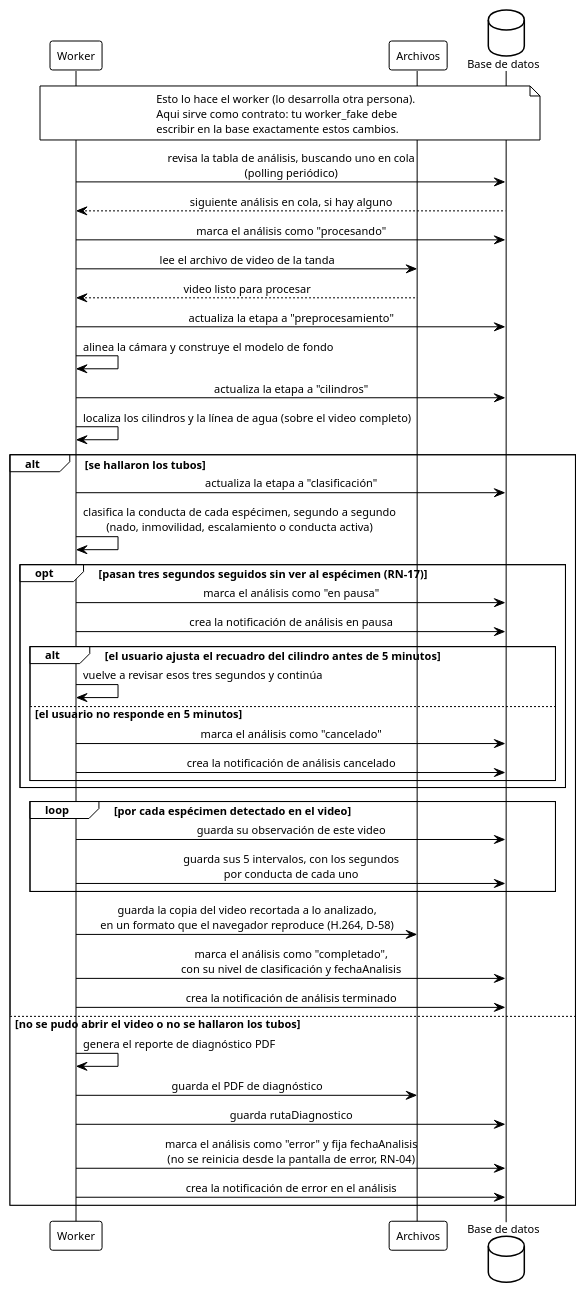
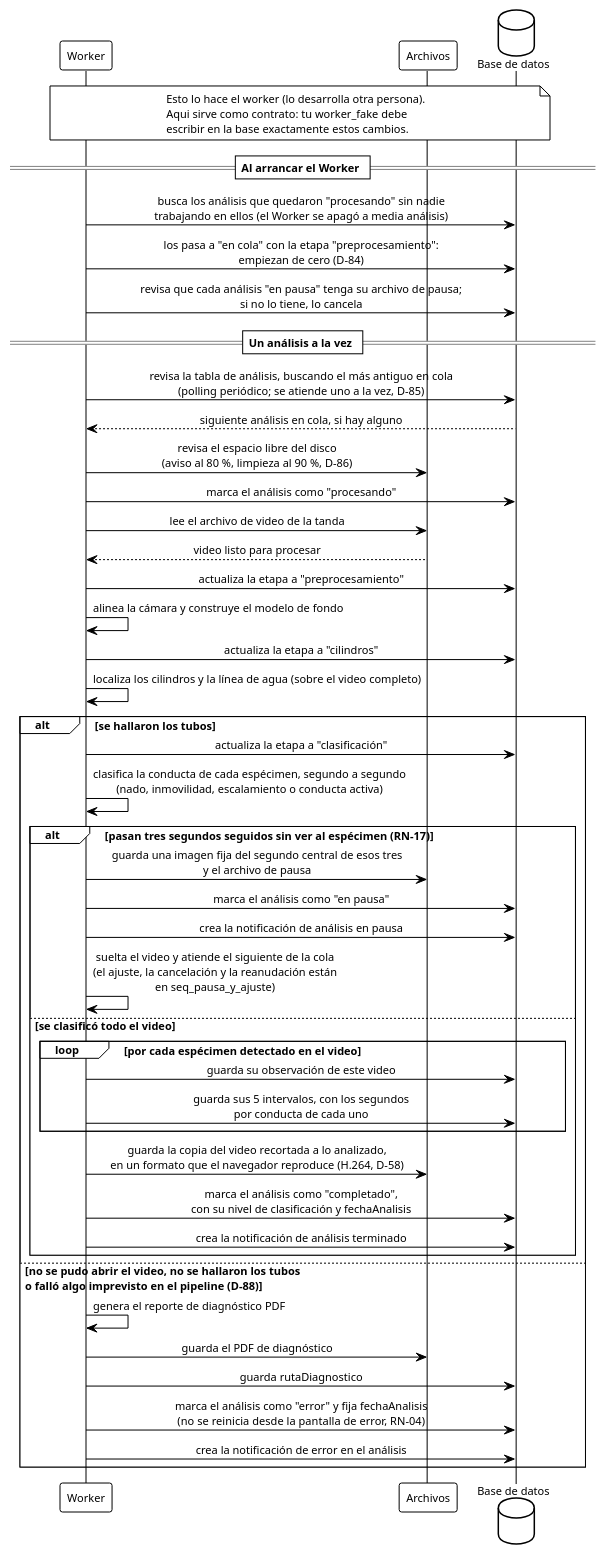
Before and after one commit to ErickJester/fst-ai-system-latex: diagram 31 of 39 in INSTRUCCIONES-WEB.md, drawn with PlantUML. The commit also changed other lines of this file and 28 other files, not shown here.

````diff
--- a/INSTRUCCIONES-WEB.md
+++ b/INSTRUCCIONES-WEB.md
@@ -2247,62 +2341,68 @@
 ```plantuml
 @startuml seq_analisis_automatico
 !theme plain
 skinparam defaultFontName Arial
 skinparam defaultFontSize 11
 skinparam shadowing false
 skinparam sequenceMessageAlign center
 skinparam BoxPadding 10
 participant Worker as w
 participant "Archivos" as fs
 database "Base de datos" as db
 
 note over w, db
   Esto lo hace el worker (lo desarrolla otra persona).
   Aqui sirve como contrato: tu worker_fake debe
   escribir en la base exactamente estos cambios.
 end note
 
-w -> db: revisa la tabla de análisis, buscando uno en cola\n(polling periódico)
+== Al arrancar el Worker ==
+
+w -> db: busca los análisis que quedaron "procesando" sin nadie\ntrabajando en ellos (el Worker se apagó a media análisis)
+w -> db: los pasa a "en cola" con la etapa "preprocesamiento":\nempiezan de cero (D-84)
+w -> db: revisa que cada análisis "en pausa" tenga su archivo de pausa;\nsi no lo tiene, lo cancela
+
+== Un análisis a la vez ==
+
+w -> db: revisa la tabla de análisis, buscando el más antiguo en cola\n(polling periódico; se atiende uno a la vez, D-85)
 db --> w: siguiente análisis en cola, si hay alguno
+w -> fs: revisa el espacio libre del disco\n(aviso al 80 %, limpieza al 90 %, D-86)
 w -> db: marca el análisis como "procesando"
 
 w -> fs: lee el archivo de video de la tanda
 fs --> w: video listo para procesar
 
 w -> db: actualiza la etapa a "preprocesamiento"
 w -> w: alinea la cámara y construye el modelo de fondo
 
 w -> db: actualiza la etapa a "cilindros"
 w -> w: localiza los cilindros y la línea de agua (sobre el video completo)
 
 alt se hallaron los tubos
   w -> db: actualiza la etapa a "clasificación"
   w -> w: clasifica la conducta de cada espécimen, segundo a segundo\n(nado, inmovilidad, escalamiento o conducta activa)
-  opt pasan tres segundos seguidos sin ver al espécimen (RN-17)
+  alt pasan tres segundos seguidos sin ver al espécimen (RN-17)
+    w -> fs: guarda una imagen fija del segundo central de esos tres\ny el archivo de pausa
     w -> db: marca el análisis como "en pausa"
     w -> db: crea la notificación de análisis en pausa
-    alt el usuario ajusta el recuadro del cilindro antes de 5 minutos
-      w -> w: vuelve a revisar esos tres segundos y continúa
-    else el usuario no responde en 5 minutos
-      w -> db: marca el análisis como "cancelado"
-      w -> db: crea la notificación de análisis cancelado
+    w -> w: suelta el video y atiende el siguiente de la cola\n(el ajuste, la cancelación y la reanudación están\nen seq_pausa_y_ajuste)
+  else se clasificó todo el video
+
+    loop por cada espécimen detectado en el video
+      w -> db: guarda su observación de este video
+      w -> db: guarda sus 5 intervalos, con los segundos\npor conducta de cada uno
     end
+
+    w -> fs: guarda la copia del video recortada a lo analizado,\nen un formato que el navegador reproduce (H.264, D-58)
+    w -> db: marca el análisis como "completado",\ncon su nivel de clasificación y fechaAnalisis
+    w -> db: crea la notificación de análisis terminado
   end
-
-  loop por cada espécimen detectado en el video
-    w -> db: guarda su observación de este video
-    w -> db: guarda sus 5 intervalos, con los segundos\npor conducta de cada uno
-  end
-
-  w -> fs: guarda la copia del video recortada a lo analizado,\nen un formato que el navegador reproduce (H.264, D-58)
-  w -> db: marca el análisis como "completado",\ncon su nivel de clasificación y fechaAnalisis
-  w -> db: crea la notificación de análisis terminado
-else no se pudo abrir el video o no se hallaron los tubos
+else no se pudo abrir el video, no se hallaron los tubos\no falló algo imprevisto en el pipeline (D-88)
   w -> w: genera el reporte de diagnóstico PDF
   w -> fs: guarda el PDF de diagnóstico
   w -> db: guarda rutaDiagnostico
   w -> db: marca el análisis como "error" y fija fechaAnalisis\n(no se reinicia desde la pantalla de error, RN-04)
   w -> db: crea la notificación de error en el análisis
 end
 @enduml
 ```
````
